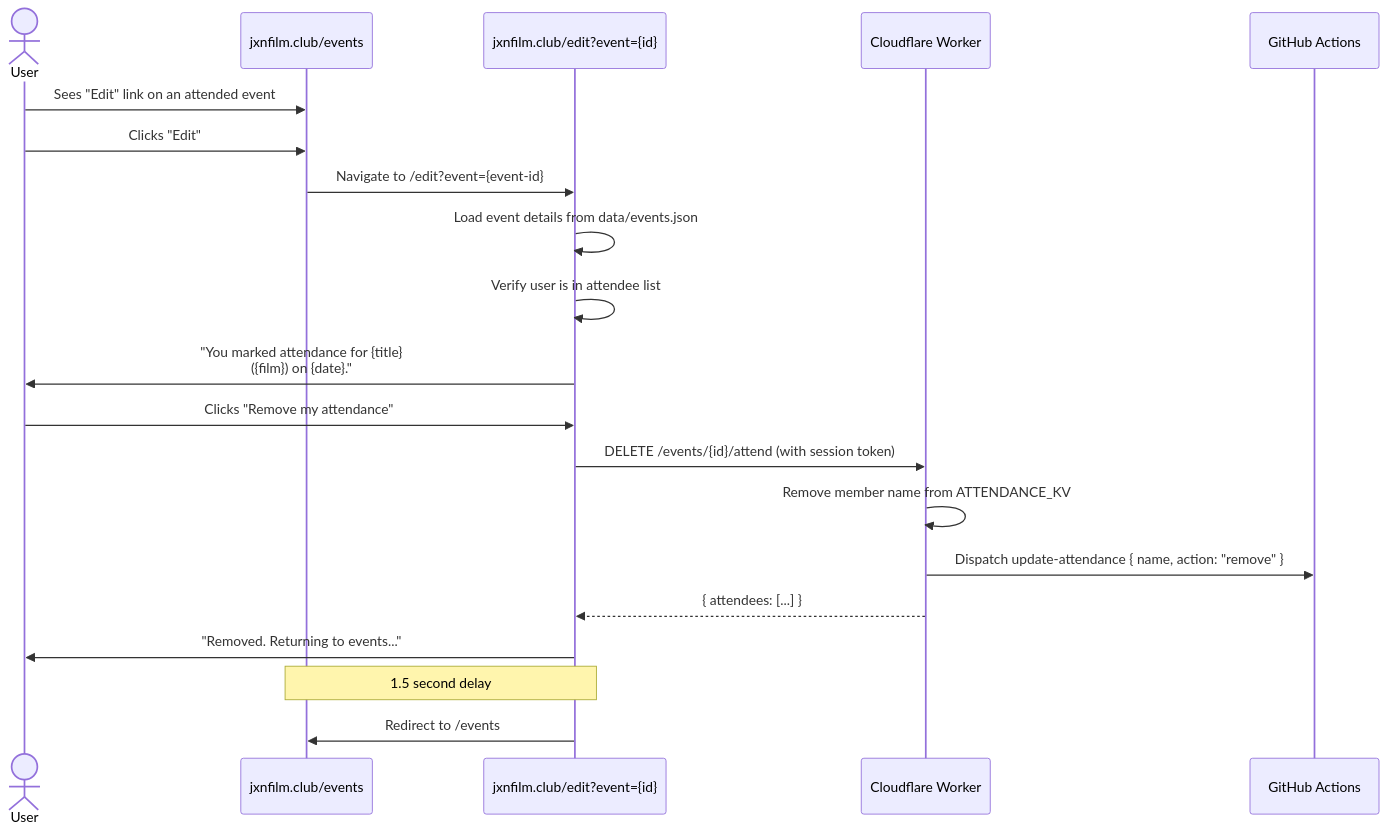
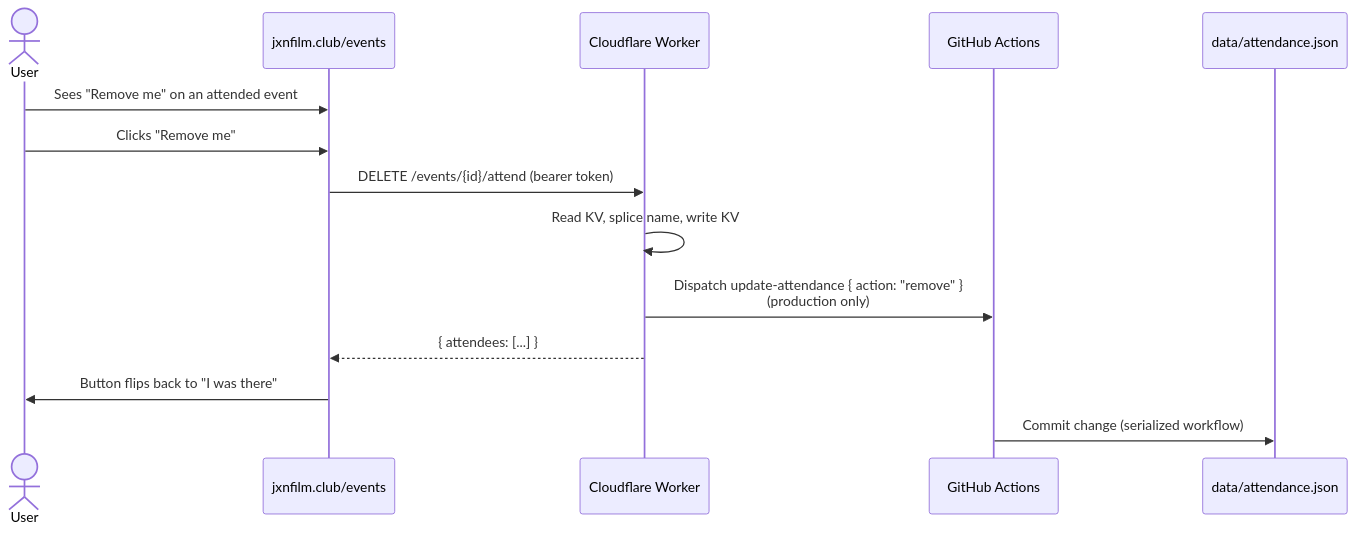
One commit to michaellambgelo/jxnfilmclub changed the second of 3 diagrams in docs/features/attendance.md. Above: the diagram before and after it, drawn with Mermaid. The commit also changed other lines of this file and 7 other files, not shown here.

````diff
--- a/docs/features/attendance.md
+++ b/docs/features/attendance.md
@@ -25,25 +28,17 @@
 ```mermaid
 sequenceDiagram
     actor User
     participant Events as jxnfilm.club/events
-    participant Edit as jxnfilm.club/edit?event={id}
     participant Worker as Cloudflare Worker
     participant GH as GitHub Actions
+    participant JSON as data/attendance.json
 
-    User->>Events: Sees "Edit" link on an attended event
-    User->>Events: Clicks "Edit"
-    Events->>Edit: Navigate to /edit?event={event-id}
-
-    Edit->>Edit: Load event details from data/events.json
-    Edit->>Edit: Verify user is in attendee list
-    Edit->>User: "You marked attendance for {title}<br/>({film}) on {date}."
-
-    User->>Edit: Clicks "Remove my attendance"
-    Edit->>Worker: DELETE /events/{id}/attend (with session token)
-    Worker->>Worker: Remove member name from ATTENDANCE_KV
-    Worker->>GH: Dispatch update-attendance { name, action: "remove" }
-    Worker-->>Edit: { attendees: [...] }
-    Edit->>User: "Removed. Returning to events..."
-    Note over Edit,Events: 1.5 second delay
-    Edit->>Events: Redirect to /events
+    User->>Events: Sees "Remove me" on an attended event
+    User->>Events: Clicks "Remove me"
+    Events->>Worker: DELETE /events/{id}/attend (bearer token)
+    Worker->>Worker: Read KV, splice name, write KV
+    Worker->>GH: Dispatch update-attendance { action: "remove" }<br/>(production only)
+    Worker-->>Events: { attendees: [...] }
+    Events->>User: Button flips back to "I was there"
+    GH->>JSON: Commit change (serialized workflow)
 ```
````
